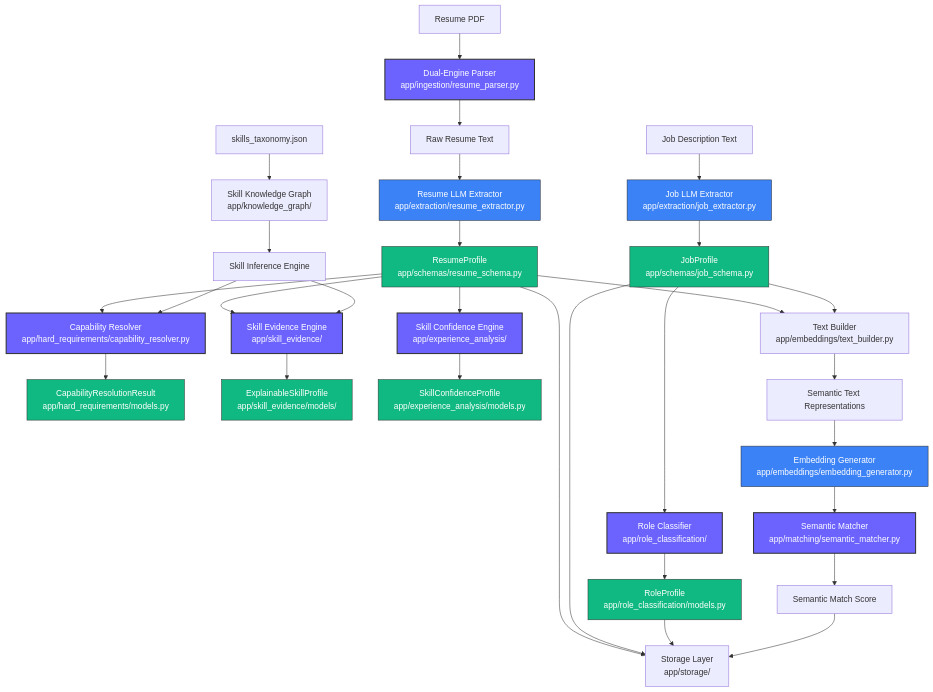
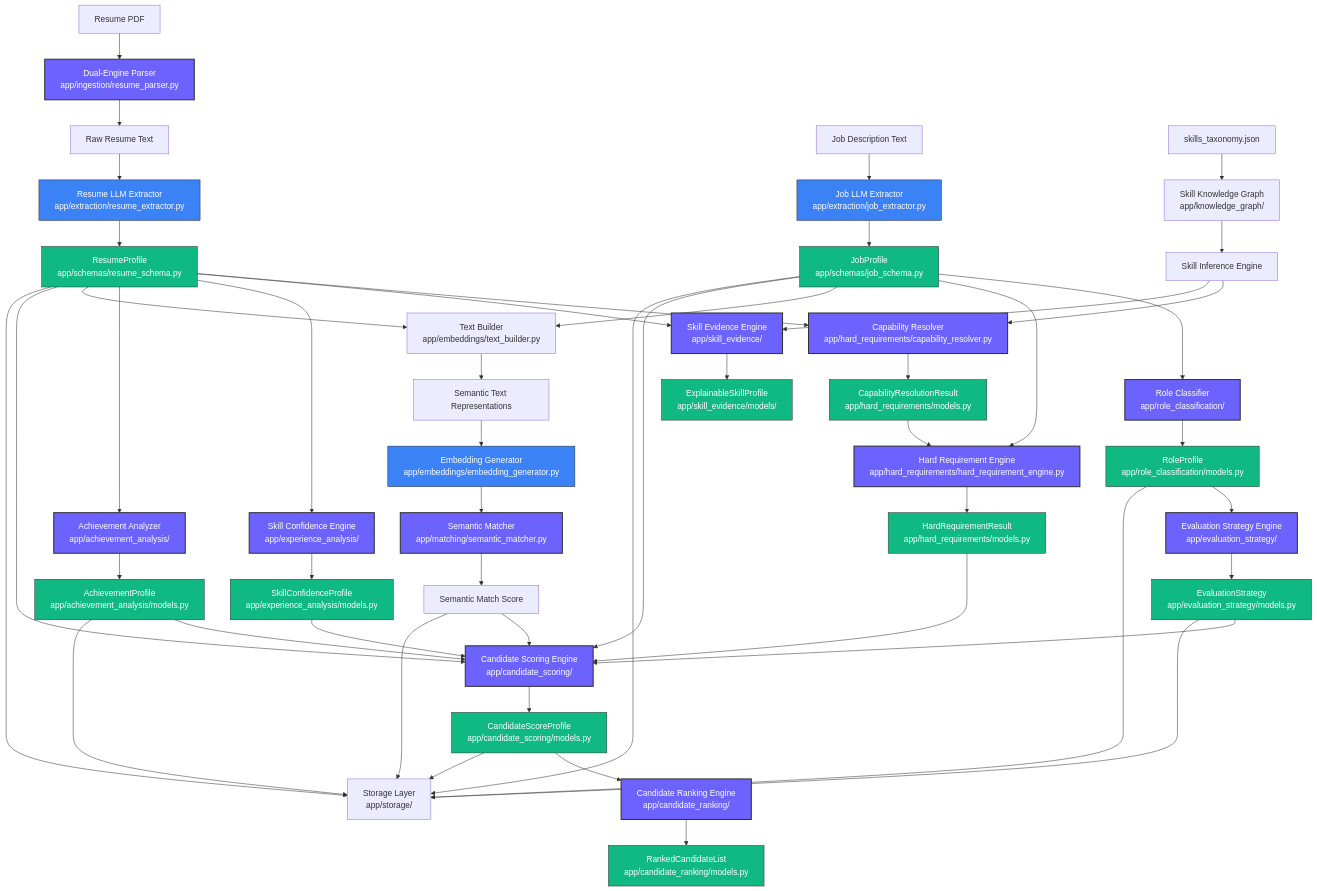
One commit to nishantprasadNP/AI-RECRUITMENT-MODEL changed the diagram in README.md. Above: the diagram before and after it, drawn with Mermaid. The commit also changed other lines of this file and 42 other files, not shown here.

````diff
--- a/README.md
+++ b/README.md
@@ -108,18 +136,23 @@
     ResumeExtractor --> ResumeProfile[ResumeProfile\napp/schemas/resume_schema.py]
     JobExtractor --> JobProfile[JobProfile\napp/schemas/job_schema.py]
     
-    %% Classification
+    %% Classification & Evaluation Strategy
     JobProfile --> RoleClassifier[Role Classifier\napp/role_classification/]
     RoleClassifier --> RoleProfile[RoleProfile\napp/role_classification/models.py]
+    RoleProfile --> EvalStrategyEngine[Evaluation Strategy Engine\napp/evaluation_strategy/]
+    EvalStrategyEngine --> EvaluationStrategy[EvaluationStrategy\napp/evaluation_strategy/models.py]
     
     %% Knowledge Graph & Inference
     Taxonomy[skills_taxonomy.json] --> Graph[Skill Knowledge Graph\napp/knowledge_graph/]
     Graph --> Inference[Skill Inference Engine]
     
-    %% Hard Requirements Matching (Phase 5)
+    %% Hard Requirements Matching (Phase 8)
     ResumeProfile --> CapResolver[Capability Resolver\napp/hard_requirements/capability_resolver.py]
     Inference --> CapResolver
     CapResolver --> CapResult[CapabilityResolutionResult\napp/hard_requirements/models.py]
+    CapResult --> HardReqEngine[Hard Requirement Engine\napp/hard_requirements/hard_requirement_engine.py]
+    JobProfile --> HardReqEngine
+    HardReqEngine --> HardReqResult[HardRequirementResult\napp/hard_requirements/models.py]
     
     %% Skill Evidence Engine
     ResumeProfile --> EvidenceEngine[Skill Evidence Engine\napp/skill_evidence/]
@@ -130,6 +163,10 @@
     ResumeProfile --> ConfidenceEngine[Skill Confidence Engine\napp/experience_analysis/]
     ConfidenceEngine --> ConfidenceProfile[SkillConfidenceProfile\napp/experience_analysis/models.py]
     
+    %% Achievement Analyzer (Phase 9)
+    ResumeProfile --> AchievementAnalyzer[Achievement Analyzer\napp/achievement_analysis/]
+    AchievementAnalyzer --> AchievementProfile[AchievementProfile\napp/achievement_analysis/models.py]
+    
     %% Semantic Matching
     ResumeProfile --> TextBuilder[Text Builder\napp/embeddings/text_builder.py]
     JobProfile --> TextBuilder
@@ -137,19 +174,36 @@
     SemanticText --> Embedder[Embedding Generator\napp/embeddings/embedding_generator.py]
     Embedder --> Matcher[Semantic Matcher\napp/matching/semantic_matcher.py]
     Matcher --> SemanticScore[Semantic Match Score]
+
+    %% Candidate Scoring Engine (Phase 10)
+    ResumeProfile --> ScoringEngine[Candidate Scoring Engine\napp/candidate_scoring/]
+    JobProfile --> ScoringEngine
+    EvaluationStrategy --> ScoringEngine
+    HardReqResult --> ScoringEngine
+    SemanticScore --> ScoringEngine
+    ConfidenceProfile --> ScoringEngine
+    AchievementProfile --> ScoringEngine
+    ScoringEngine --> CandidateScore[CandidateScoreProfile\napp/candidate_scoring/models.py]
+
+    %% Candidate Ranking Engine (Phase 11)
+    CandidateScore --> RankingEngine[Candidate Ranking Engine\napp/candidate_ranking/]
+    RankingEngine --> RankedList[RankedCandidateList\napp/candidate_ranking/models.py]
     
     %% Persistence
     ResumeProfile --> Storage[Storage Layer\napp/storage/]
     JobProfile --> Storage
     RoleProfile --> Storage
+    EvaluationStrategy --> Storage
+    AchievementProfile --> Storage
     SemanticScore --> Storage
+    CandidateScore --> Storage
     
     %% Formatting
     classDef main fill:#6c63ff,color:#fff,stroke:#333,stroke-width:2px;
     classDef module fill:#3b82f6,color:#fff,stroke:#333,stroke-width:1px;
     classDef data fill:#10b981,color:#fff,stroke:#333,stroke-width:1px;
     
-    class Ingestion,RoleClassifier,EvidenceEngine,ConfidenceEngine,CapResolver,Matcher main;
+    class Ingestion,RoleClassifier,EvalStrategyEngine,EvidenceEngine,ConfidenceEngine,CapResolver,HardReqEngine,AchievementAnalyzer,Matcher,ScoringEngine,RankingEngine main;
     class ResumeExtractor,JobExtractor,Embedder module;
-    class ResumeProfile,JobProfile,RoleProfile,ExplainableProfile,ConfidenceProfile,CapResult data;
+    class ResumeProfile,JobProfile,RoleProfile,EvaluationStrategy,ExplainableProfile,ConfidenceProfile,AchievementProfile,CapResult,HardReqResult,CandidateScore,RankedList data;
 ```
````
